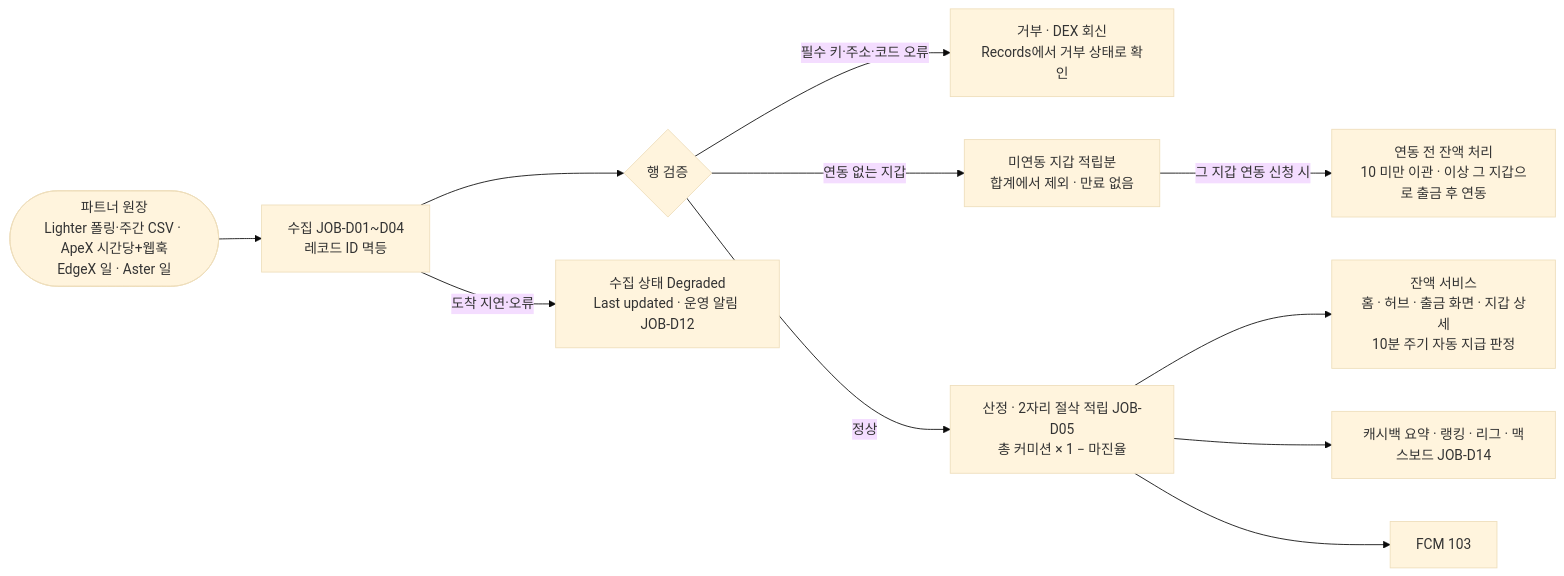
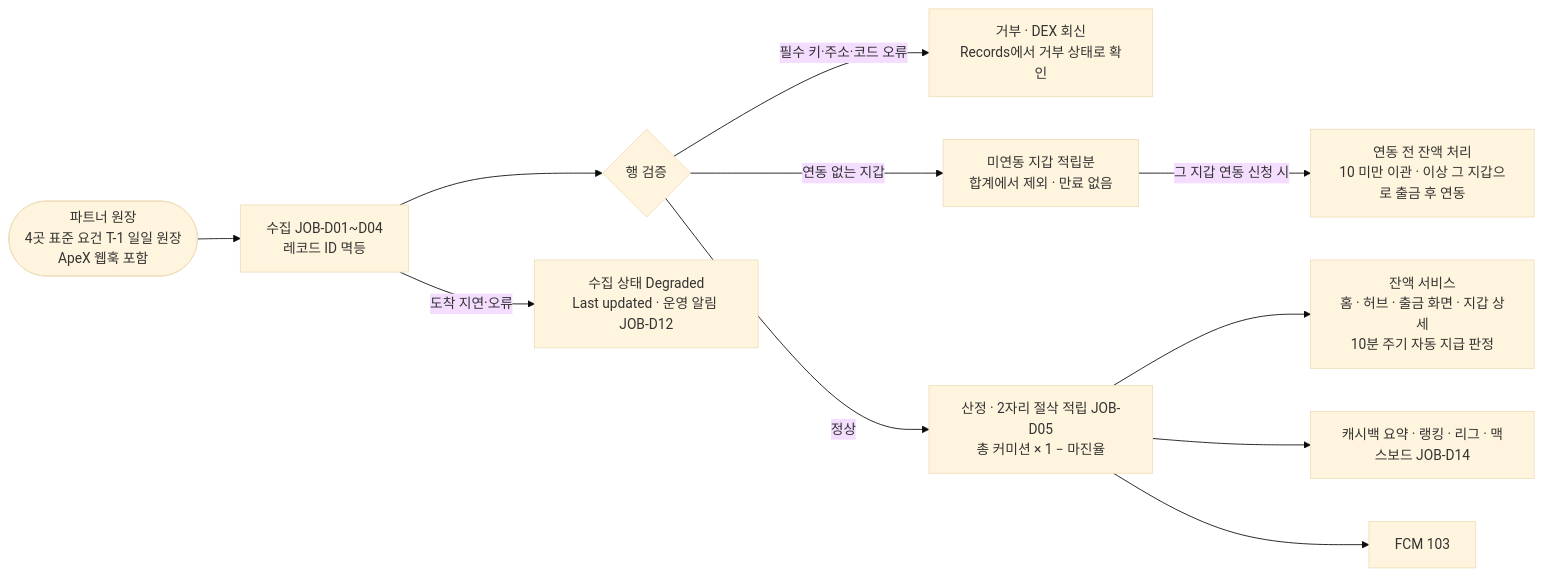
Before and after one commit to matthewforwork1213-collab/dex: the third of 6 diagrams in 02.기획문서/정보구조도_백오피스.md, drawn with Mermaid (base theme). The commit also changed other lines of this file and 831 other files, not shown here.

````diff
--- a/02.기획문서/정보구조도_백오피스.md
+++ b/02.기획문서/정보구조도_백오피스.md
@@ -99,13 +99,13 @@
 ```mermaid
 flowchart LR
-    SRC([파트너 원장<br/>Lighter 폴링·주간 CSV · ApeX 시간당+웹훅<br/>EdgeX 일 · Aster 일]) --> IN[수집 JOB-D01~D04<br/>레코드 ID 멱등]
+    SRC([파트너 원장<br/>4곳 표준 요건 T-1 일일 원장<br/>ApeX 웹훅 포함]) --> IN[수집 JOB-D01~D04<br/>레코드 ID 멱등]
     IN --> VAL{행 검증}
     VAL -->|필수 키·주소·코드 오류| REJ[거부 · DEX 회신<br/>Records에서 거부 상태로 확인]
     VAL -->|연동 없는 지갑| UQ[미연동 지갑 적립분<br/>합계에서 제외 · 만료 없음]
     UQ -->|그 지갑 연동 신청 시| ALL[연동 전 잔액 처리<br/>10 미만 이관 · 이상 그 지갑으로 출금 후 연동]
     VAL -->|정상| CAL[산정 · 2자리 절삭 적립 JOB-D05<br/>총 커미션 × 1 − 마진율]
     CAL --> BAL[잔액 서비스<br/>홈 · 허브 · 출금 화면 · 지갑 상세<br/>10분 주기 자동 지급 판정]
     CAL --> SUM[캐시백 요약 · 랭킹 · 리그 · 맥스보드 JOB-D14]
     CAL --> N[FCM 103]
     IN -->|도착 지연·오류| DEG[수집 상태 Degraded<br/>Last updated · 운영 알림 JOB-D12]
 ```
````
